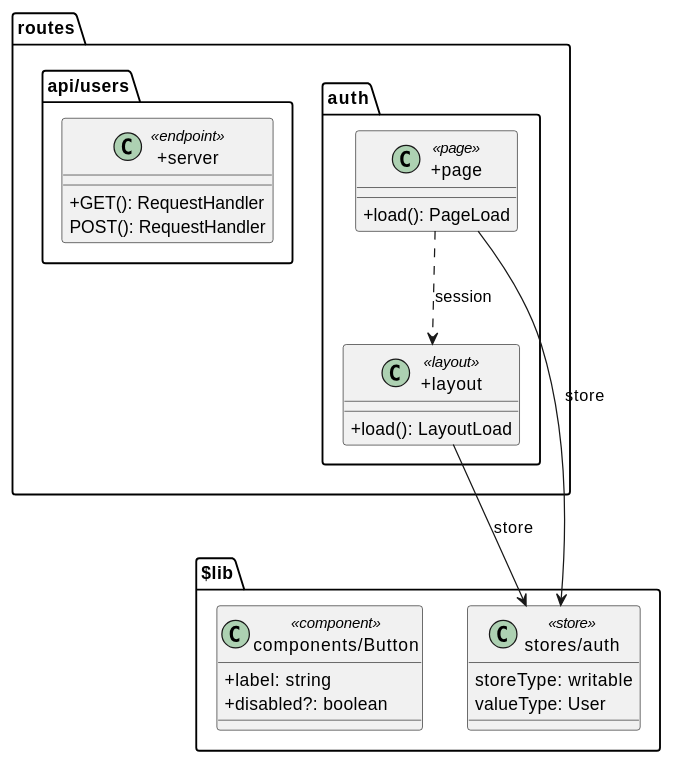
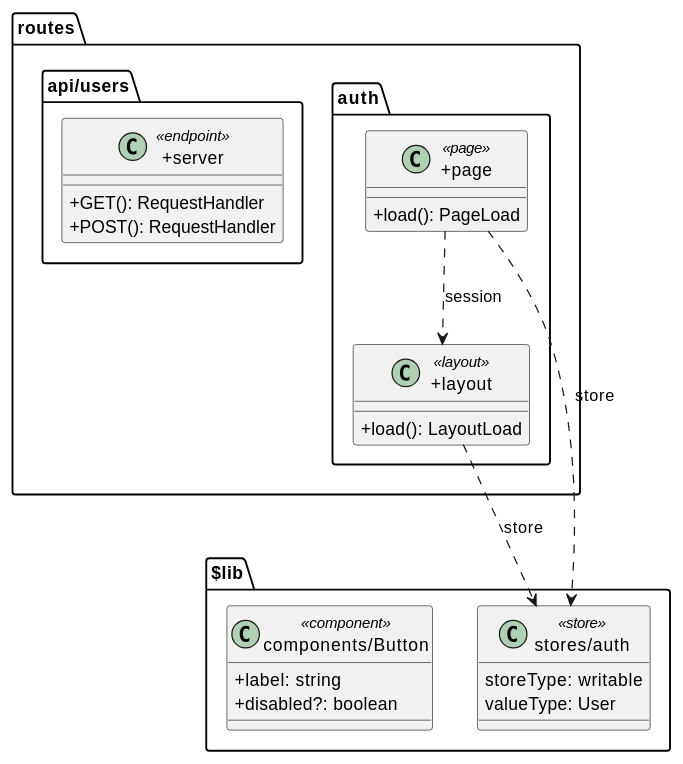
The second of 2 diagrams in README.md (Jonathangadeaharder/svelteuml), drawn with PlantUML before and after one commit. The commit also changed other lines of this file, not shown here.

````diff
--- a/README.md
+++ b/README.md
@@ -251,37 +251,37 @@
 ```plantuml
 @startuml Diagram
 skinparam classAttributeIconSize 0
 
 package "routes" {
   package "(auth)" {
     class "+page" <<page>> {
       +load(): PageLoad
     }
     class "+layout" <<layout>> {
       +load(): LayoutLoad
     }
   }
   package "api/users" {
     class "+server" <<endpoint>> {
       +GET(): RequestHandler
-      POST(): RequestHandler
+      +POST(): RequestHandler
     }
   }
 }
 
 package "$lib" {
   class "stores/auth" <<store>> {
     storeType: writable
     valueType: User
   }
   class "components/Button" <<component>> {
     +label: string
     +disabled?: boolean
   }
 }
 
-"+page" --> "stores/auth" : store
-"+layout" --> "stores/auth" : store
+"+page" ..> "stores/auth" : store
+"+layout" ..> "stores/auth" : store
 "+page" ..> "+layout" : session
 @enduml
 ```
````
